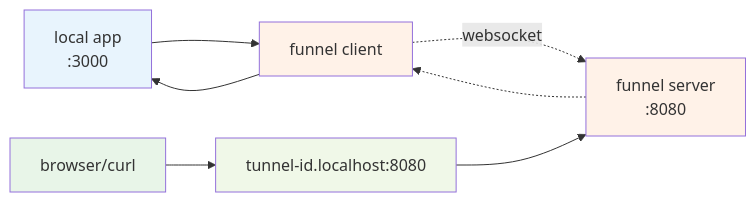
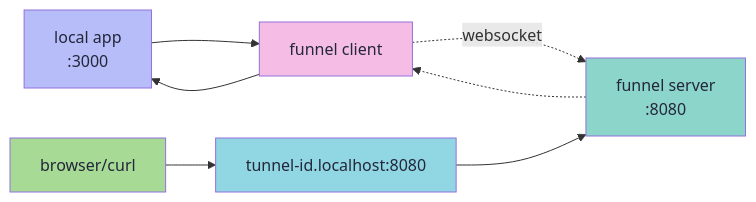
The diagram in README.md (karol-broda/funnel), drawn with Mermaid before and after one commit. The commit also changed other lines of this file, not shown here.

Commit message:
docs: enhance README with installation instructions and update diagram styles

````diff
--- a/README.md
+++ b/README.md
@@ -80,15 +79,15 @@
 ```mermaid
 graph LR
     A["local app<br/>:3000"] --> B["funnel client"]
     B -.websocket.-> C["funnel server<br/>:8080"]
     D["browser/curl"] --> E["tunnel-id.localhost:8080"]
     E --> C
     C -.-> B
     B --> A
     
-    style A fill:#e8f4fd
-    style B fill:#fff2e8
-    style C fill:#fff2e8
-    style D fill:#e8f5e8
-    style E fill:#f0f8e8
+    style A fill:#b7bdf8,color:#24273a
+    style B fill:#f5bde6,color:#24273a
+    style C fill:#8bd5ca,color:#24273a
+    style D fill:#a6da95,color:#24273a
+    style E fill:#91d7e3,color:#24273a
 ```
````
